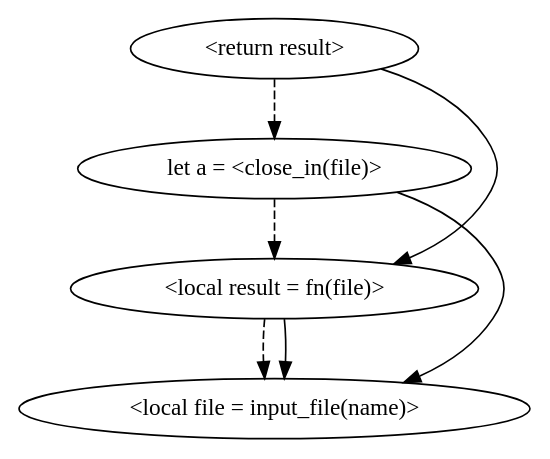
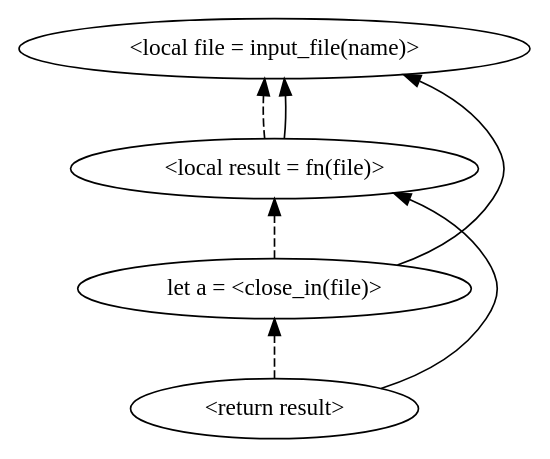
One commit to SquidDev/squiddev.cc changed the diagram in assets/img/posts/amulet-backend-file-03.dot. Above: the diagram before and after it, drawn with Graphviz. The commit also changed 1 other file, not shown here.

```diff
--- a/assets/img/posts/amulet-backend-file-03.dot
+++ b/assets/img/posts/amulet-backend-file-03.dot
@@ -1,19 +1,19 @@
 digraph G {
-  rankdir = "LT";
+  rankdir = "BT";
   clusterrank = "local";
   ordering = "in";
 
   file[label="<local file = input_file(name)>"];
 
   result[label="<local result = fn(file)>"];
   result -> file[style=dashed];
   result -> file;
 
   a[label="let a = <close_in(file)>"];
   a -> result[style=dashed];
   a -> file;
 
   b[label="<return result>"];
   b -> result;
   b -> a[weight=2,style=dashed];
 }
```
